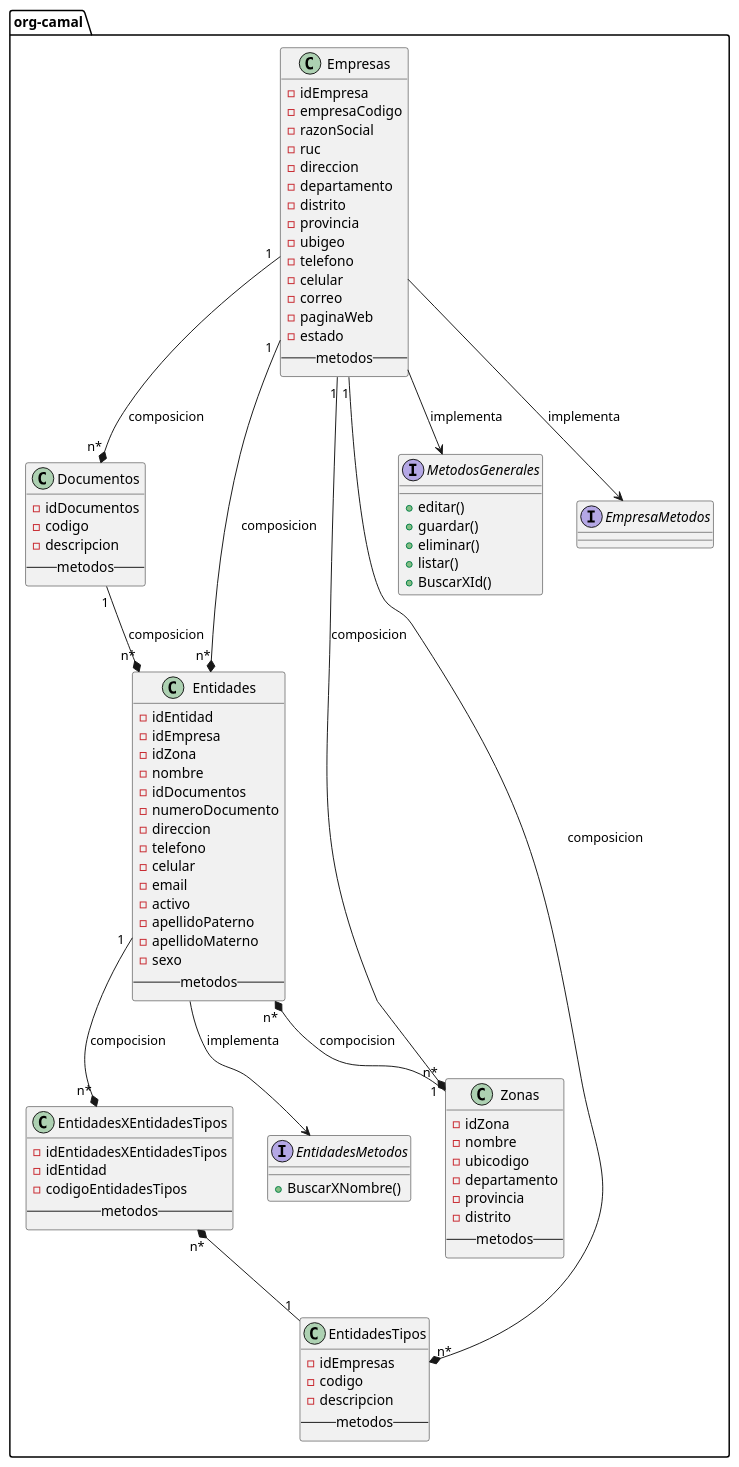
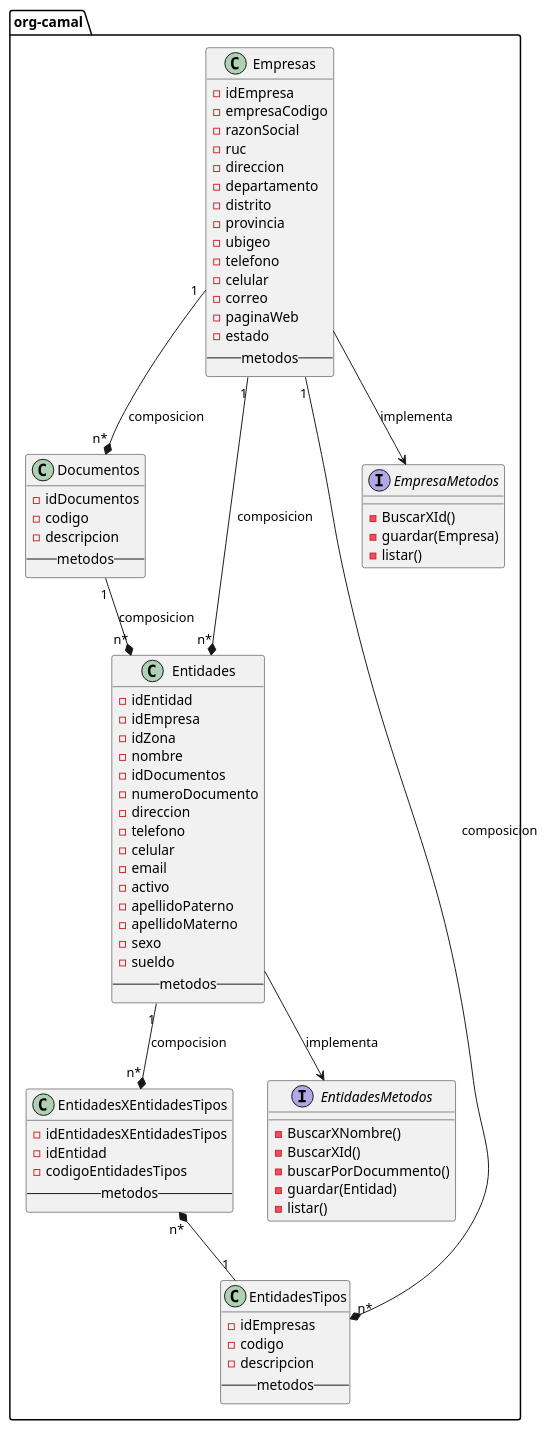
One commit to Digbers/camal-microservice changed the diagram in UML/entidades/DC entidades.puml. Above: the diagram before and after it, drawn with PlantUML. The commit also changed 174 other files, not shown here.

```diff
--- a/UML/entidades/DC entidades.puml
+++ b/UML/entidades/DC entidades.puml
@@ -1,95 +1,86 @@
 @startuml
 
 package "org-camal" {
 
     class Empresas {
         -idEmpresa
         -empresaCodigo
         -razonSocial
         -ruc
         -direccion
         -departamento
         -distrito
         -provincia
         -ubigeo
         -telefono
         -celular
         -correo
         -paginaWeb
         -estado
         --metodos--
     }
 
     class Documentos {
         -idDocumentos
         -codigo
         -descripcion
         --metodos--
     }
     class  Entidades {
         -idEntidad
         -idEmpresa
         -idZona
         -nombre
         -idDocumentos
         -numeroDocumento
         -direccion
         -telefono
         -celular
         -email
         -activo
         -apellidoPaterno
         -apellidoMaterno
         -sexo
-        --metodos--
-    }
-    class Zonas{
-        -idZona
-        -nombre
-        -ubicodigo
-        -departamento
-        -provincia
-        -distrito
+        -sueldo
         --metodos--
     }
     class EntidadesTipos {
         -idEmpresas
         -codigo
         -descripcion
         --metodos--
     }
     class EntidadesXEntidadesTipos {
         -idEntidadesXEntidadesTipos
         -idEntidad
         -codigoEntidadesTipos
         --metodos--
     }
-    interface MetodosGenerales {
-        + editar()
-        + guardar()
-        + eliminar()
-        + listar()
-        + BuscarXId()
-    }
+
     interface EmpresaMetodos {
-
+        - BuscarXId()
+        - guardar(Empresa)
+        - listar()
     }
     interface EntidadesMetodos {
-            + BuscarXNombre()
+            - BuscarXNombre()
+            - BuscarXId()
+            - buscarPorDocummento()
+            - guardar(Entidad)
+            - listar()
     }
 
-    Empresas "1" --* "n*" Zonas : composicion
+
     Empresas "1" --* "n*" Entidades : composicion
     Empresas "1" --* "n*" EntidadesTipos : composicion
     Empresas "1" --* "n*" Documentos : composicion
     Entidades "1" --* "n*" EntidadesXEntidadesTipos : compocision
     EntidadesXEntidadesTipos "n*" *-- "1" EntidadesTipos
     Documentos "1" --* "n*" Entidades: composicion
-    Entidades "n*" *-- "1" Zonas : compocision
+
     Entidades --> EntidadesMetodos: implementa
 
-    Empresas --> MetodosGenerales: implementa
     Empresas --> EmpresaMetodos: implementa
 
 
 @enduml
```
